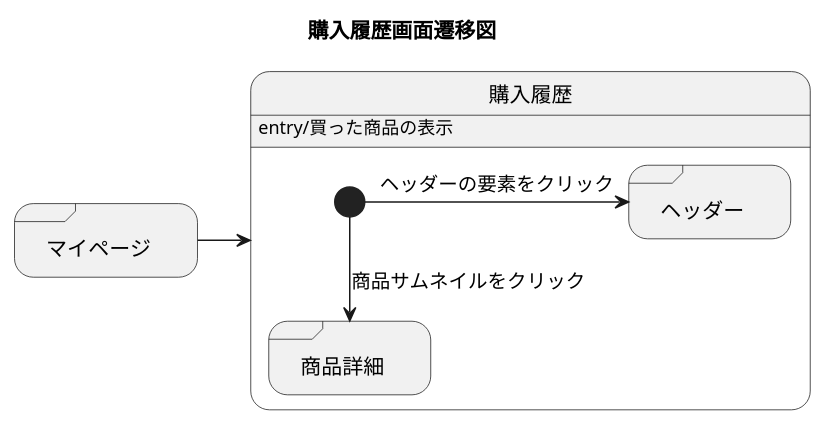
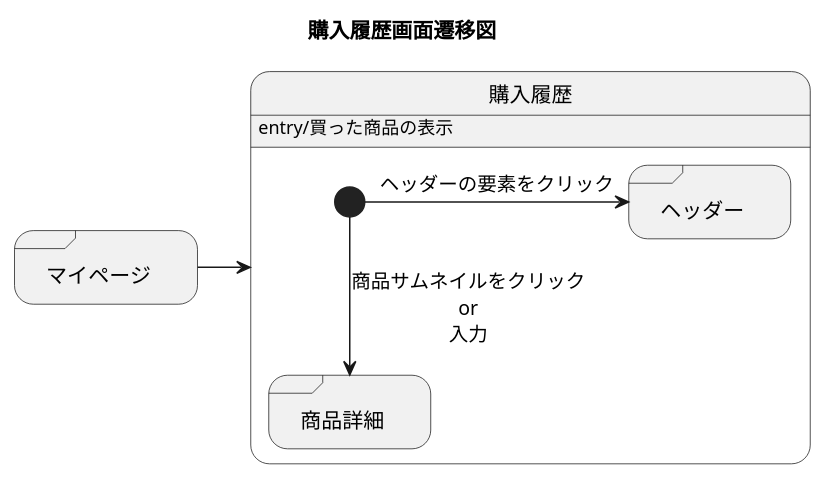
The diagram in 購入履歴.md (akutori/T-D-E), drawn with PlantUML before and after one commit.

Commit message:
説明追加

````diff
--- a/購入履歴.md
+++ b/購入履歴.md
@@ -1,16 +1,16 @@
 ```uml
 @startuml
 title 購入履歴画面遷移図
 state 購入履歴:entry/買った商品の表示
 state "マイページ" as mypage <<sdlreceive>>
 mypage -> 購入履歴
 state 購入履歴{
     state "ヘッダー" as headder<<sdlreceive>>
     state "商品詳細" as goodsdetail<<sdlreceive>>
     [*]->headder :ヘッダーの要素をクリック
-    [*]-->goodsdetail : 商品サムネイルをクリック
+    [*]-->goodsdetail : 商品サムネイルをクリック\nor\n入力
 }
 
 
 @enduml
 ```
````
